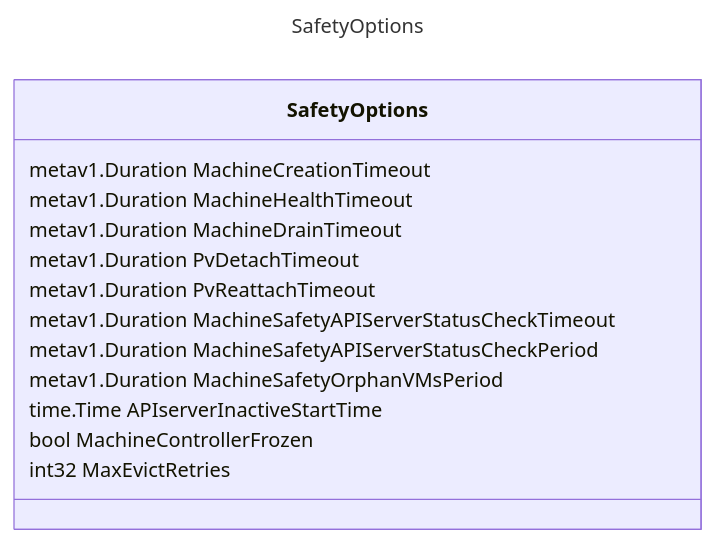
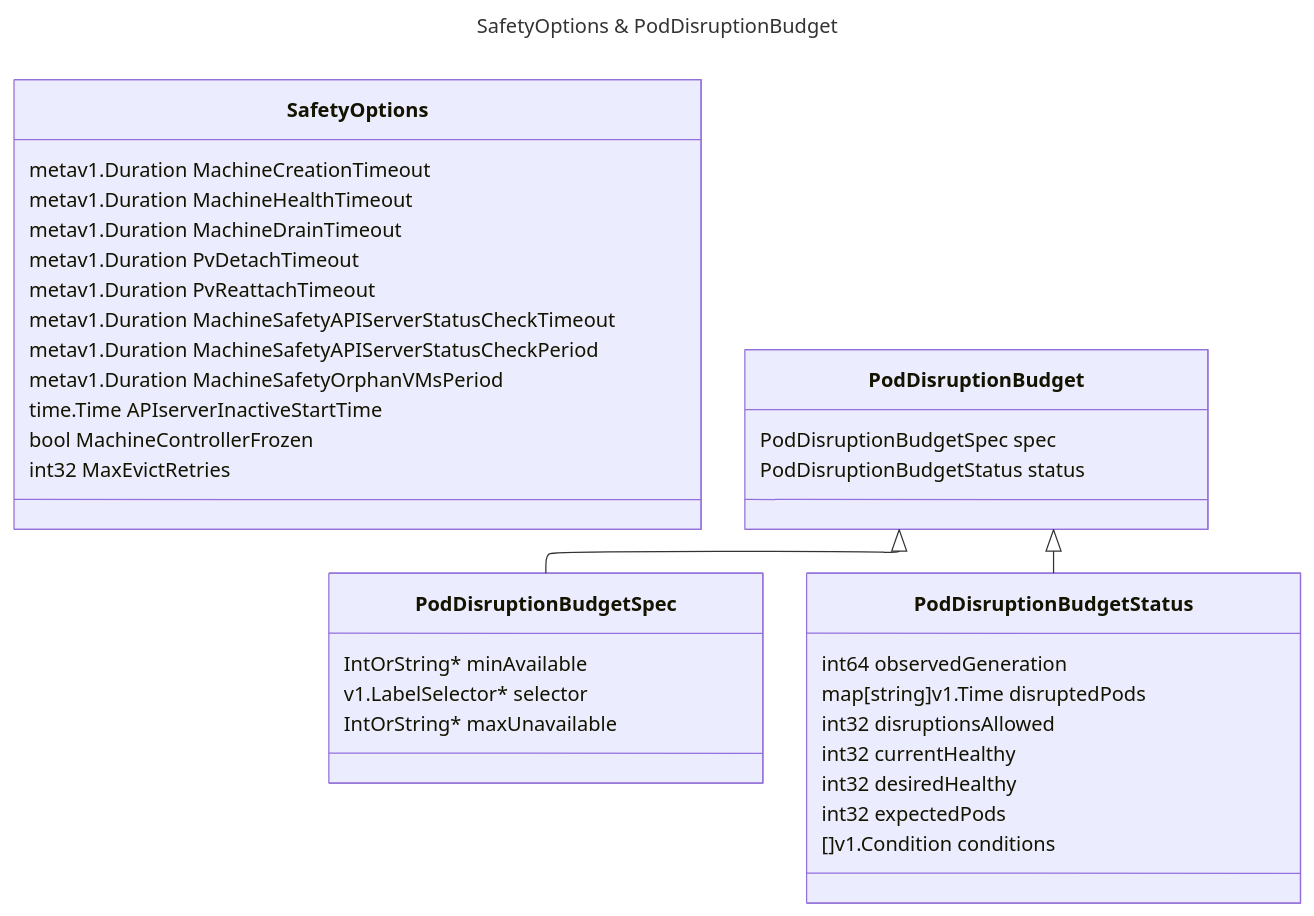
One commit to brongulus/brongulus.github.io changed the fifth of 6 diagrams in content/notes/20241129T160749--mcm__k8s_sap_work.md. Above: the diagram before and after it, drawn with Mermaid. The commit also changed other lines of this file and 40 other files, not shown here.

Commit message:
MCM doc update, summary flows added

````diff
--- a/content/notes/20241129T160749--mcm__k8s_sap_work.md
+++ b/content/notes/20241129T160749--mcm__k8s_sap_work.md
@@ -293,23 +296,46 @@
 ```mermaid
 ---
-title: SafetyOptions
+title: SafetyOptions & PodDisruptionBudget
 config:
   layout: elk
   class:
     hideEmptyMembersBox: true
 ---
 classDiagram
 class SafetyOptions{
  metav1.Duration	MachineCreationTimeout
  metav1.Duration	MachineHealthTimeout
  metav1.Duration	MachineDrainTimeout
  metav1.Duration	PvDetachTimeout
  metav1.Duration	PvReattachTimeout
  metav1.Duration	MachineSafetyAPIServerStatusCheckTimeout
  metav1.Duration	MachineSafetyAPIServerStatusCheckPeriod
  metav1.Duration	MachineSafetyOrphanVMsPeriod
 	time.Time APIserverInactiveStartTime
 	bool MachineControllerFrozen
 	int32 MaxEvictRetries
 }
+
+PodDisruptionBudget <|-- PodDisruptionBudgetSpec
+PodDisruptionBudget <|-- PodDisruptionBudgetStatus
+class PodDisruptionBudget{
+PodDisruptionBudgetSpec spec
+PodDisruptionBudgetStatus status
+}
+
+class PodDisruptionBudgetSpec{
+IntOrString* minAvailable
+v1.LabelSelector* selector
+IntOrString* maxUnavailable
+}
+
+class PodDisruptionBudgetStatus{
+int64 observedGeneration
+map[string]v1.Time disruptedPods
+int32 disruptionsAllowed
+int32 currentHealthy
+int32 desiredHealthy
+int32 expectedPods
+[]v1.Condition conditions
+}
 ```
````
